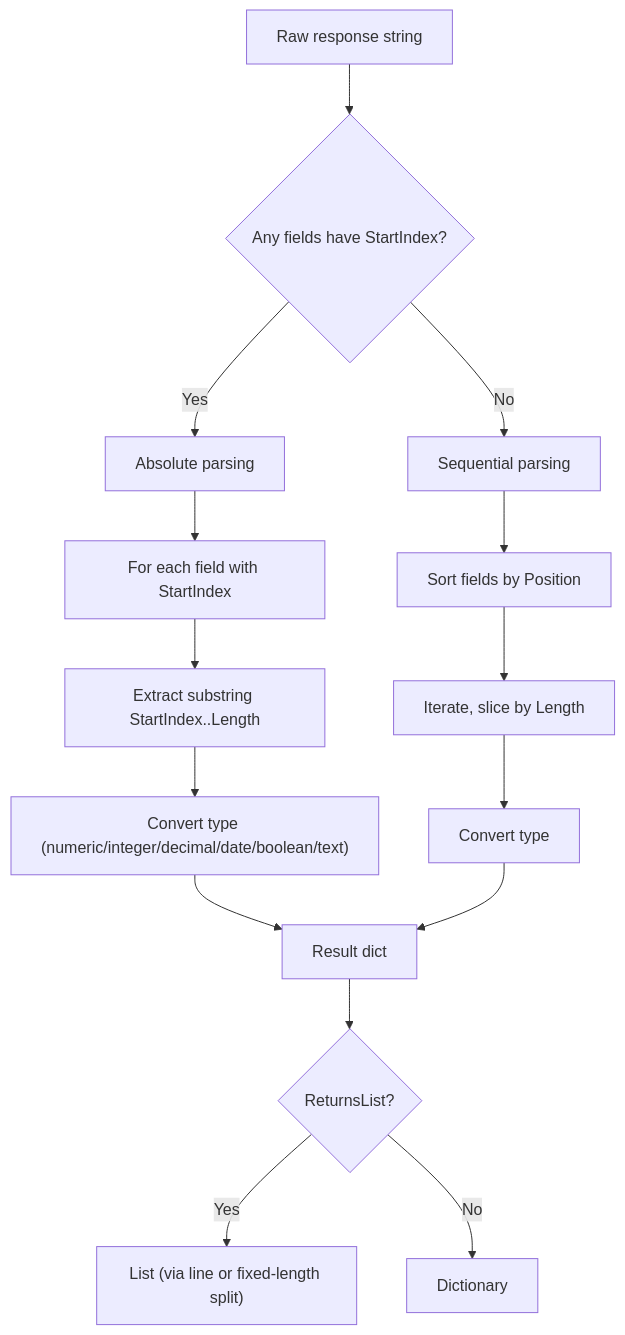
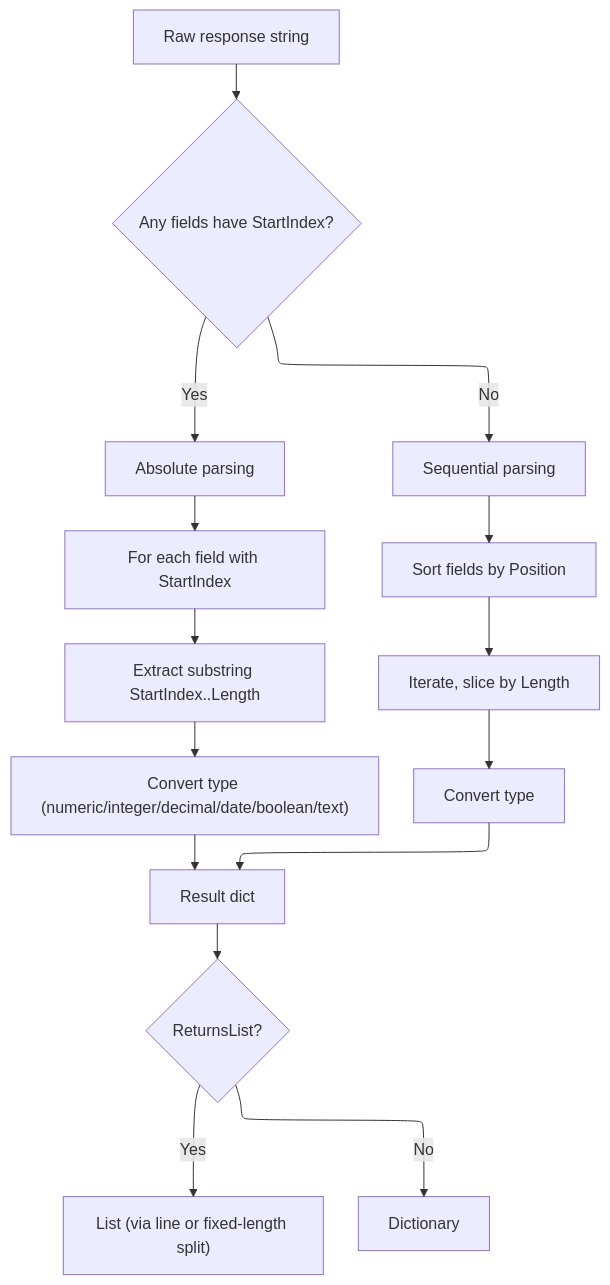
One commit to hsalazar-srx/movex-rest-api changed the diagram in docs/diagrams/response-parsing.md. Above: the diagram before and after it, drawn with Mermaid. The commit also changed 7 other files, not shown here.

Commit message:
Improving diagrams' layout

````diff
--- a/docs/diagrams/response-parsing.md
+++ b/docs/diagrams/response-parsing.md
@@ -5,19 +5,25 @@
 ```mermaid
+---
+config:
+  theme: light
+  layout: elk
+  look: classic
+---
 flowchart TD
   A[Raw response string] --> B{Any fields have StartIndex?}
   B -- Yes --> C[Absolute parsing]
   C --> C1[For each field with StartIndex]
   C1 --> C2[Extract substring StartIndex..Length]
   C2 --> C3["Convert type (numeric/integer/decimal/date/boolean/text)"]
   C3 --> R[Result dict]
 
   B -- No --> D[Sequential parsing]
   D --> D1[Sort fields by Position]
   D1 --> D2[Iterate, slice by Length]
   D2 --> D3[Convert type]
   D3 --> R
 
   R --> E{ReturnsList?}
   E -- Yes --> L["List<dict> (via line or fixed-length split)"]
   E -- No --> O[Dictionary<string, object?>]
 ```
````
